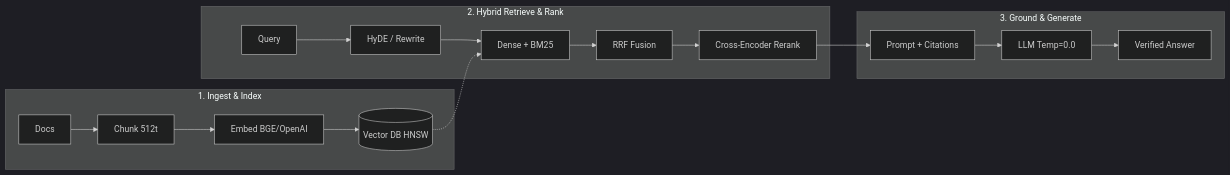
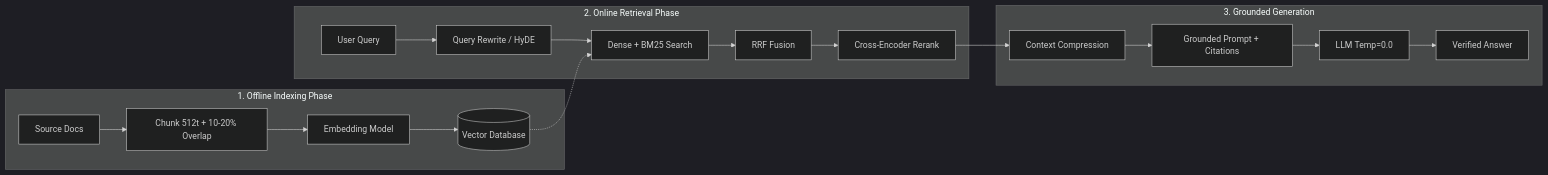
One commit to Nishant8826/theory-leaning changed the diagram in RAG/00_Index.md. Above: the diagram before and after it, drawn with Mermaid (dark theme). The commit also changed other lines of this file and 2 other files, not shown here.

````diff
--- a/RAG/00_Index.md
+++ b/RAG/00_Index.md
@@ -10,13 +10,13 @@
 ```mermaid
 flowchart LR
-    subgraph INGEST["1. Ingest & Index"]
-        D[Docs] --> S[Chunk 512t] --> E[Embed BGE/OpenAI] --> VDB[(Vector DB HNSW)]
+    subgraph INGEST["1. Offline Indexing Phase"]
+        D[Source Docs] --> C[Chunk 512t + 10-20% Overlap] --> E[Embedding Model] --> VDB[(Vector Database)]
     end
-    subgraph RETRIEVE["2. Hybrid Retrieve & Rank"]
-        Q[Query] --> TR[HyDE / Rewrite] --> HYB[Dense + BM25]
+    subgraph RETRIEVE["2. Online Retrieval Phase"]
+        Q[User Query] --> TR[Query Rewrite / HyDE] --> HYB[Dense + BM25 Search]
         VDB -.-> HYB --> RRF[RRF Fusion] --> CE[Cross-Encoder Rerank]
     end
-    subgraph GENERATE["3. Ground & Generate"]
-        CE --> PR[Prompt + Citations] --> LLM[LLM Temp=0.0] --> OUT[Verified Answer]
+    subgraph GENERATE["3. Grounded Generation"]
+        CE --> COMP[Context Compression] --> PR[Grounded Prompt + Citations] --> LLM[LLM Temp=0.0] --> OUT[Verified Answer]
     end
 ```
````
